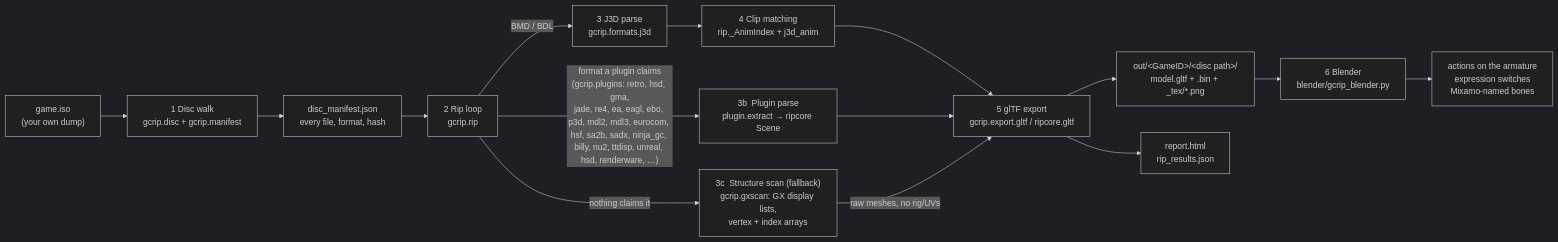
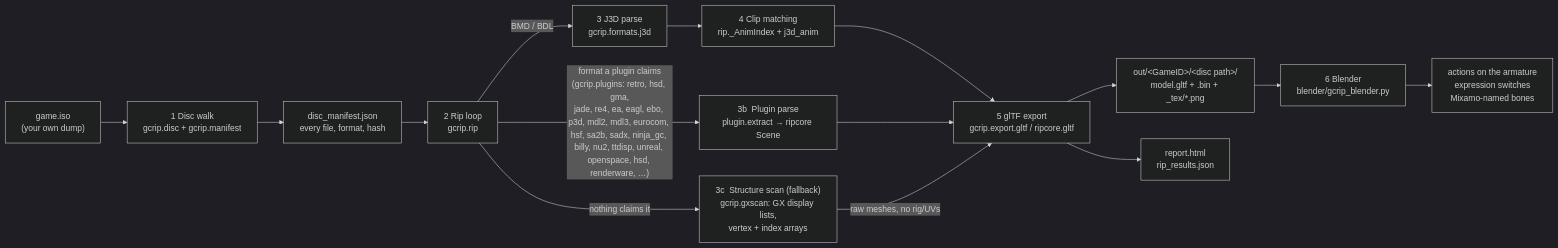
Before and after one commit to Felbs/3d-ripper-9000: the first of 9 diagrams in docs/PIPELINE.md, drawn with Mermaid (dark theme). The commit also changed other lines of this file and 5 other files, not shown here.

First line of the commit message:
gcrip openspace: Rayman 3 / Rayman Arena levels - .ptr relocation, super-object tree with matrices, GeometricObject strip mappings, TPL textures aligned to the texture table; docs + note

````diff
--- a/docs/PIPELINE.md
+++ b/docs/PIPELINE.md
@@ -11,17 +11,17 @@
 ```mermaid
 flowchart LR
     ISO["game.iso<br/>(your own dump)"] --> WALK["1  Disc walk<br/>gcrip.disc + gcrip.manifest"]
     WALK --> MAN["disc_manifest.json<br/>every file, format, hash"]
     MAN --> RIP["2  Rip loop<br/>gcrip.rip"]
     RIP -->|"BMD / BDL"| J3D["3  J3D parse<br/>gcrip.formats.j3d"]
-    RIP -->|"format a plugin claims<br/>(gcrip.plugins: retro, hsd, gma,<br/>jade, re4, ea, eagl, ebo, p3d, mdl2, mdl3, eurocom, hsf, sa2b, sadx, ninja_gc, billy, nu2, ttdisp, unreal, hsd, renderware, …)"| PLUG["3b  Plugin parse<br/>plugin.extract → ripcore Scene"]
+    RIP -->|"format a plugin claims<br/>(gcrip.plugins: retro, hsd, gma,<br/>jade, re4, ea, eagl, ebo, p3d, mdl2, mdl3, eurocom, hsf, sa2b, sadx, ninja_gc, billy, nu2, ttdisp, unreal, openspace, hsd, renderware, …)"| PLUG["3b  Plugin parse<br/>plugin.extract → ripcore Scene"]
     RIP -->|"nothing claims it"| GX["3c  Structure scan (fallback)<br/>gcrip.gxscan: GX display lists,<br/>vertex + index arrays"]
     J3D --> ANIM["4  Clip matching<br/>rip._AnimIndex + j3d_anim"]
     ANIM --> GLTF["5  glTF export<br/>gcrip.export.gltf / ripcore.gltf"]
     PLUG --> GLTF
     GX -->|"raw meshes, no rig/UVs"| GLTF
     GLTF --> OUT["out/&lt;GameID&gt;/&lt;disc path&gt;/<br/>model.gltf + .bin + _tex/*.png"]
     GLTF --> REP["report.html<br/>rip_results.json"]
     OUT --> BL["6  Blender<br/>blender/gcrip_blender.py"]
     BL --> PLAY["actions on the armature<br/>expression switches<br/>Mixamo-named bones"]
 ```
````
